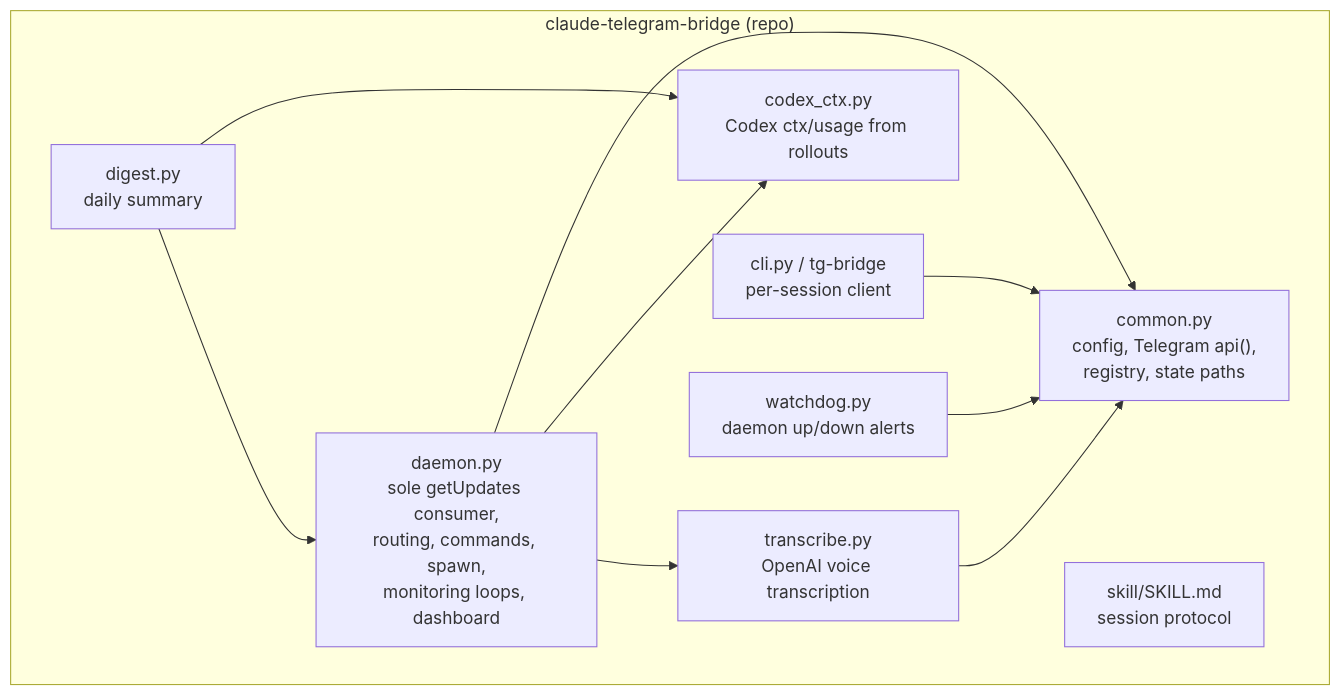
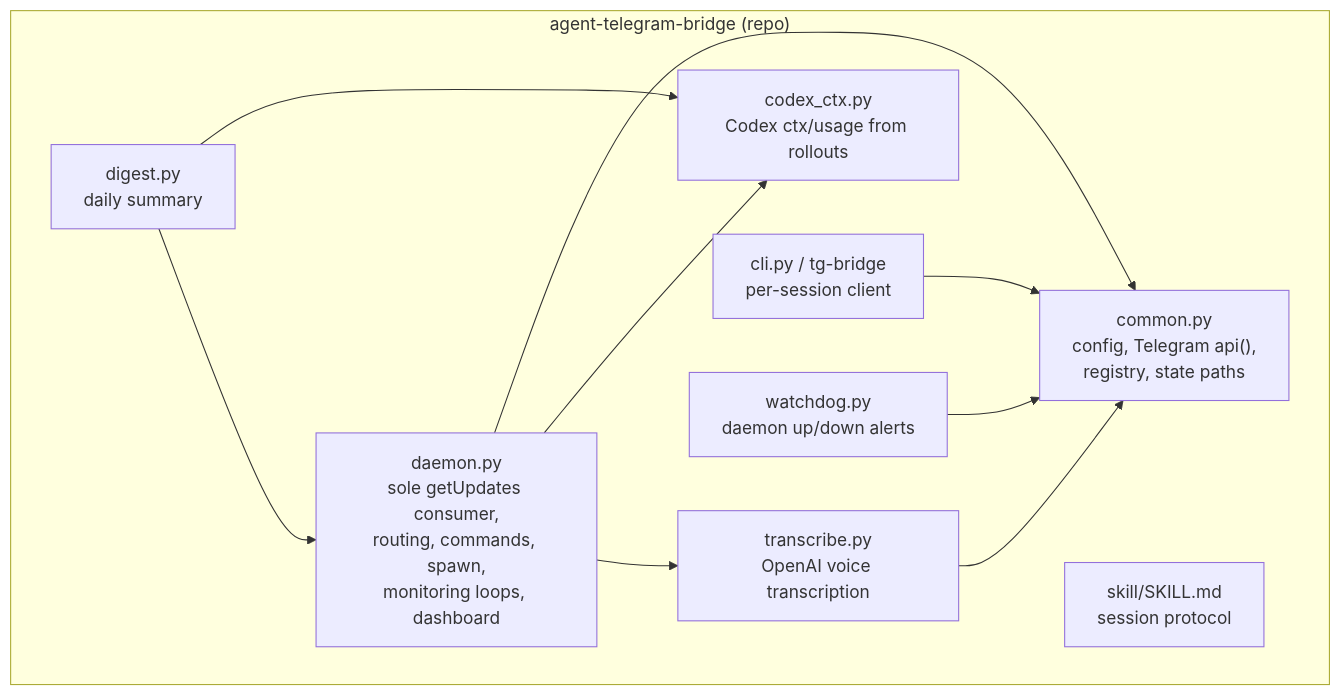
The second of 7 diagrams in docs/ARCHITECTURE.md (fedoseevstanislav/agent-telegram-bridge), drawn with Mermaid before and after one commit. The commit also changed other lines of this file and 70 other files, not shown here.

Commit message:
Rename bridge identity to agent

````diff
--- a/docs/ARCHITECTURE.md
+++ b/docs/ARCHITECTURE.md
@@ -80,21 +80,21 @@
 ```mermaid
 flowchart TB
-    subgraph bridge["claude-telegram-bridge (repo)"]
+    subgraph bridge["agent-telegram-bridge (repo)"]
         daemon["daemon.py<br/>sole getUpdates consumer,<br/>routing, commands, spawn,<br/>monitoring loops, dashboard"]
         cli["cli.py / tg-bridge<br/>per-session client"]
         common["common.py<br/>config, Telegram api(),<br/>registry, state paths"]
         codexctx["codex_ctx.py<br/>Codex ctx/usage from rollouts"]
         transcribe["transcribe.py<br/>OpenAI voice transcription"]
         digest["digest.py<br/>daily summary"]
         watchdog["watchdog.py<br/>daemon up/down alerts"]
         skill["skill/SKILL.md<br/>session protocol"]
     end
     daemon --> common
     cli --> common
     digest --> daemon
     digest --> codexctx
     daemon --> codexctx
     daemon --> transcribe
     watchdog --> common
     transcribe --> common
 ```
````
